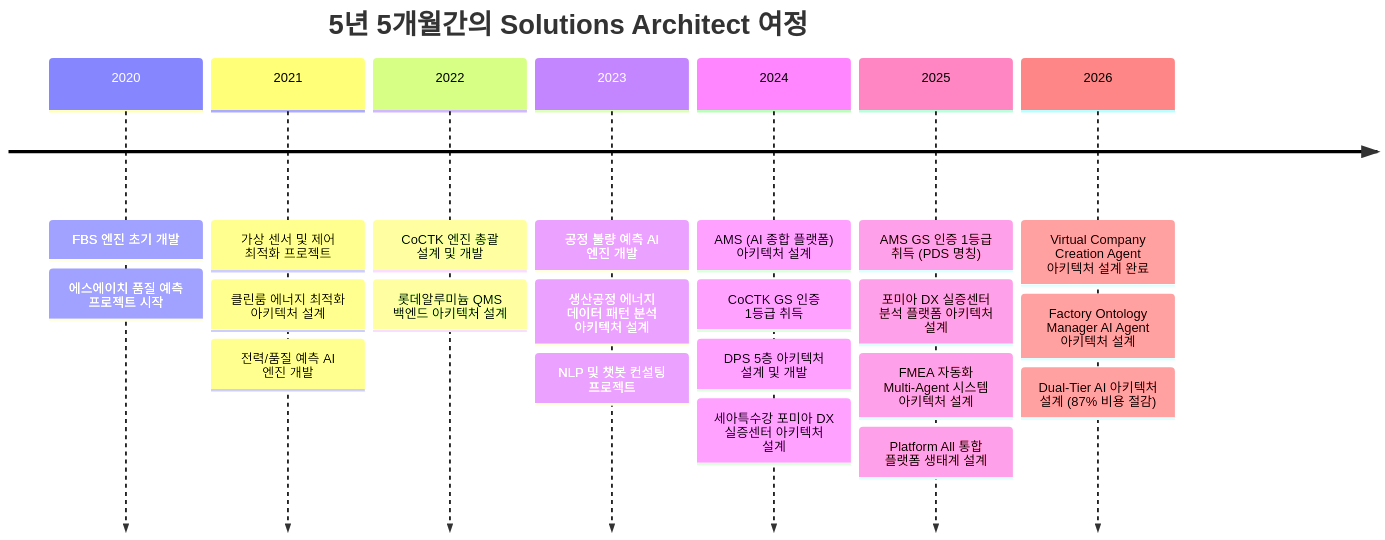
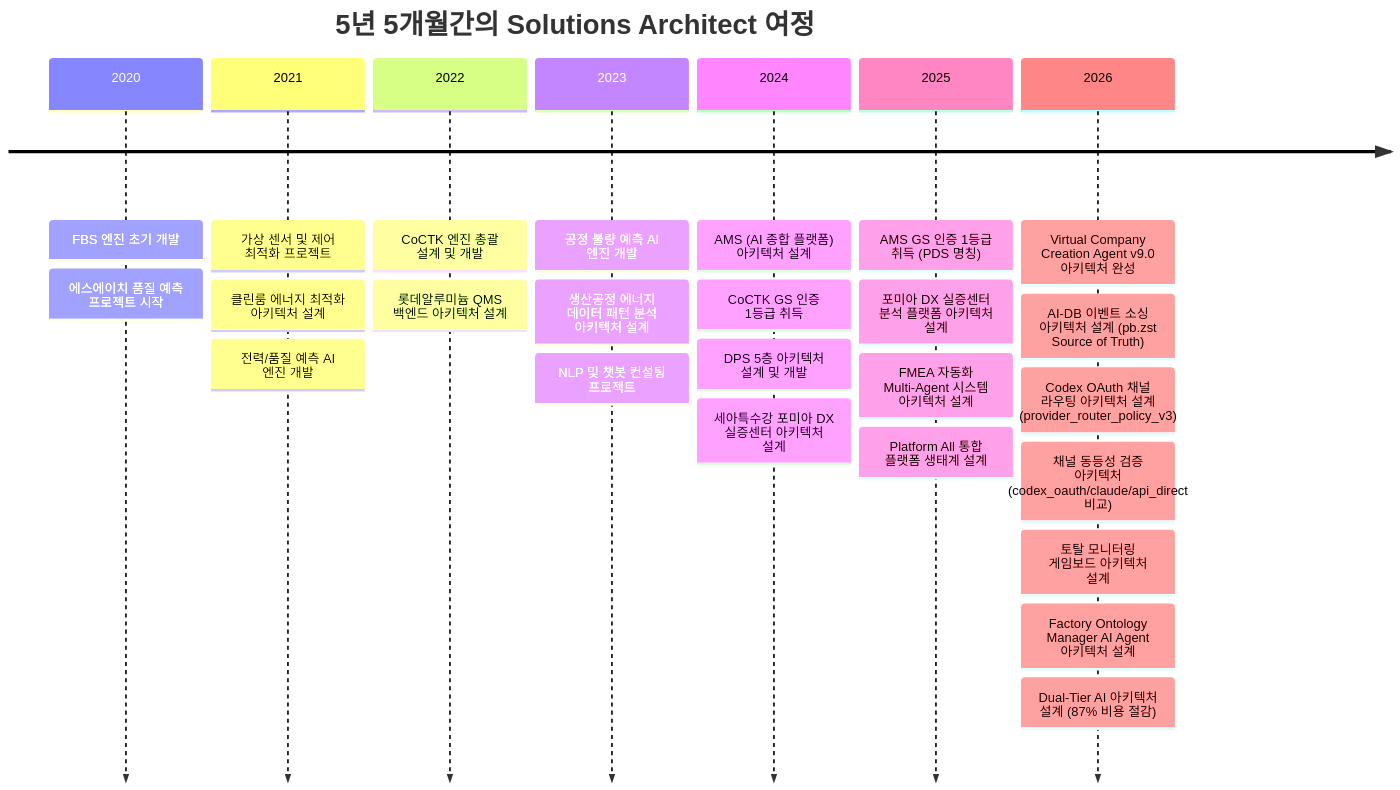
The first of 4 diagrams in portfolio/portfolio_docs/resume_generator/assets/일반공개/권순룡_이력서_일반공개_Solutions_Architect.md (moobaek/Testing_AI_agents_for_public_use), drawn with Mermaid before and after one commit. The commit also changed other lines of this file and 14 other files, not shown here.

````diff
--- a/portfolio/portfolio_docs/resume_generator/assets/일반공개/권순룡_이력서_일반공개_Solutions_Architect.md
+++ b/portfolio/portfolio_docs/resume_generator/assets/일반공개/권순룡_이력서_일반공개_Solutions_Architect.md
@@ -17,25 +17,29 @@
 ```mermaid
 timeline
     title 5년 5개월간의 Solutions Architect 여정
     2020 : FBS 엔진 초기 개발
          : 에스에이치 품질 예측 프로젝트 시작
     2021 : 가상 센서 및 제어 최적화 프로젝트
          : 클린룸 에너지 최적화 아키텍처 설계
          : 전력/품질 예측 AI 엔진 개발
     2022 : CoCTK 엔진 총괄 설계 및 개발
          : 롯데알루미늄 QMS 백엔드 아키텍처 설계
     2023 : 공정 불량 예측 AI 엔진 개발
          : 생산공정 에너지 데이터 패턴 분석 아키텍처 설계
          : NLP 및 챗봇 컨설팅 프로젝트
     2024 : AMS (AI 종합 플랫폼) 아키텍처 설계
          : CoCTK GS 인증 1등급 취득
          : DPS 5층 아키텍처 설계 및 개발
          : 세아특수강 포미아 DX 실증센터 아키텍처 설계
     2025 : AMS GS 인증 1등급 취득 (PDS 명칭)
          : 포미아 DX 실증센터 분석 플랫폼 아키텍처 설계
          : FMEA 자동화 Multi-Agent 시스템 아키텍처 설계
          : Platform All 통합 플랫폼 생태계 설계
-    2026 : Virtual Company Creation Agent 아키텍처 설계 완료
+    2026 : Virtual Company Creation Agent v9.0 아키텍처 완성
+         : AI-DB 이벤트 소싱 아키텍처 설계 (pb.zst Source of Truth)
+         : Codex OAuth 채널 라우팅 아키텍처 설계 (provider_router_policy_v3)
+         : 채널 동등성 검증 아키텍처 (codex_oauth/claude/api_direct 비교)
+         : 토탈 모니터링 게임보드 아키텍처 설계
          : Factory Ontology Manager AI Agent 아키텍처 설계
          : Dual-Tier AI 아키텍처 설계 (87% 비용 절감)
 ```
````
